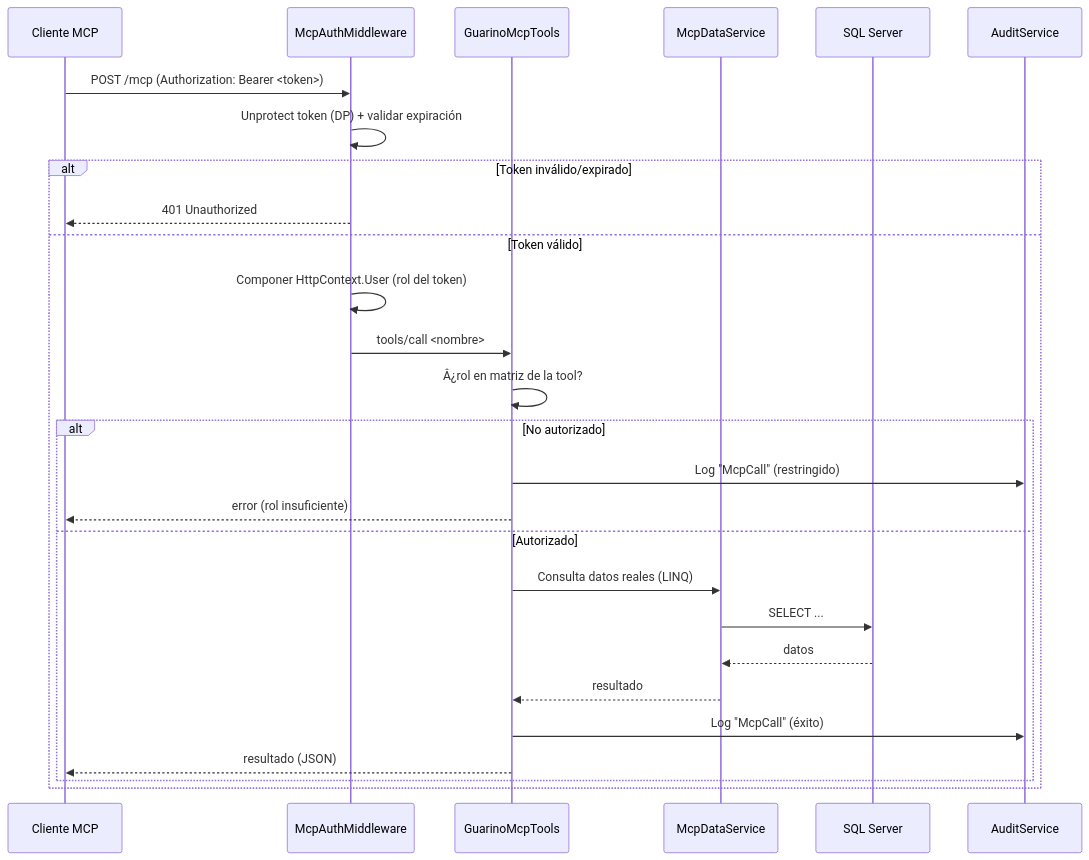
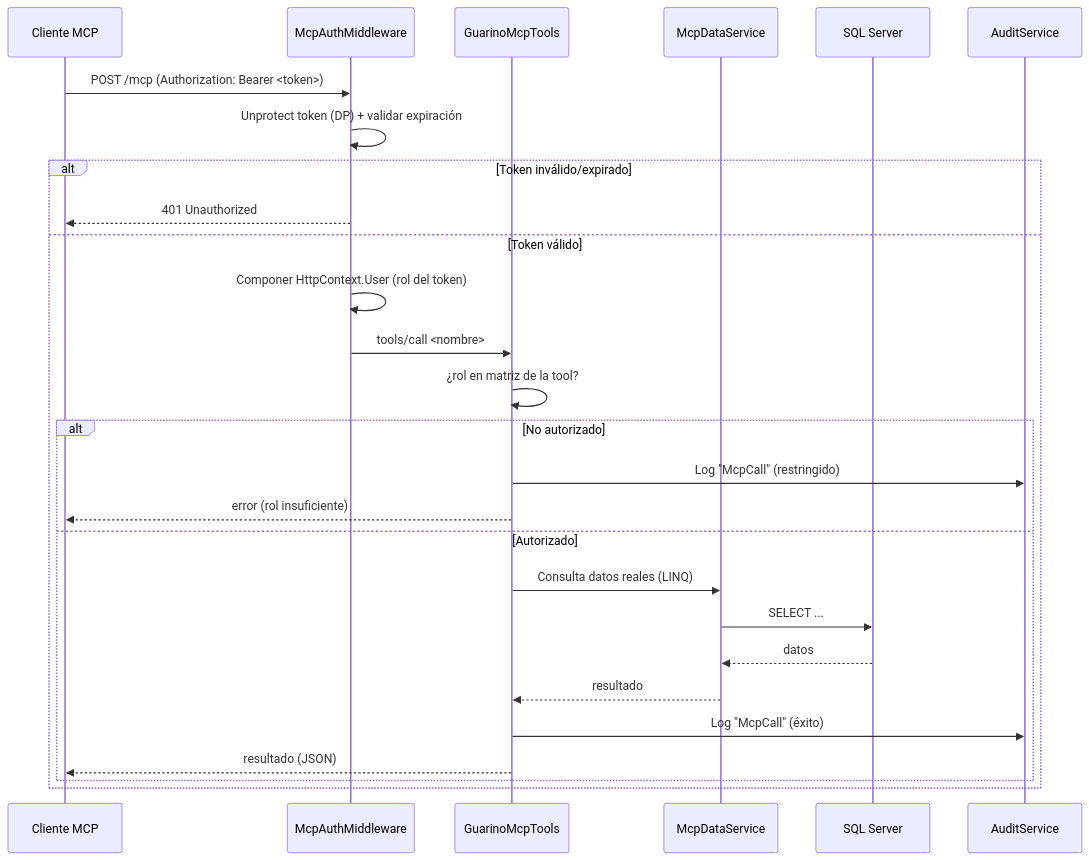
Before and after one commit to adrian-silva-uy/guarino: the seventh of 11 diagrams in docs/diagramas.md, drawn with Mermaid. The commit also changed other lines of this file, not shown here.

Commit message:
Fix: corrige mojibake (Â¿ -> ¿) en diagrama 'Flujo de filtro IA por rol' y verifica todos los .md

````diff
--- a/docs/diagramas.md
+++ b/docs/diagramas.md
@@ -211,30 +211,30 @@
 ```mermaid
 sequenceDiagram
     participant C as Cliente MCP
     participant MW as McpAuthMiddleware
     participant T as GuarinoMcpTools
     participant D as McpDataService
     participant DB as SQL Server
     participant AU as AuditService
 
     C->>MW: POST /mcp (Authorization: Bearer <token>)
     MW->>MW: Unprotect token (DP) + validar expiración
     alt Token inválido/expirado
         MW-->>C: 401 Unauthorized
     else Token válido
         MW->>MW: Componer HttpContext.User (rol del token)
         MW->>T: tools/call <nombre>
-        T->>T: Â¿rol en matriz de la tool?
+        T->>T: ¿rol en matriz de la tool?
         alt No autorizado
             T->>AU: Log "McpCall" (restringido)
             T-->>C: error (rol insuficiente)
         else Autorizado
             T->>D: Consulta datos reales (LINQ)
             D->>DB: SELECT ...
             DB-->>D: datos
             D-->>T: resultado
             T->>AU: Log "McpCall" (éxito)
             T-->>C: resultado (JSON)
         end
     end
 ```
````
